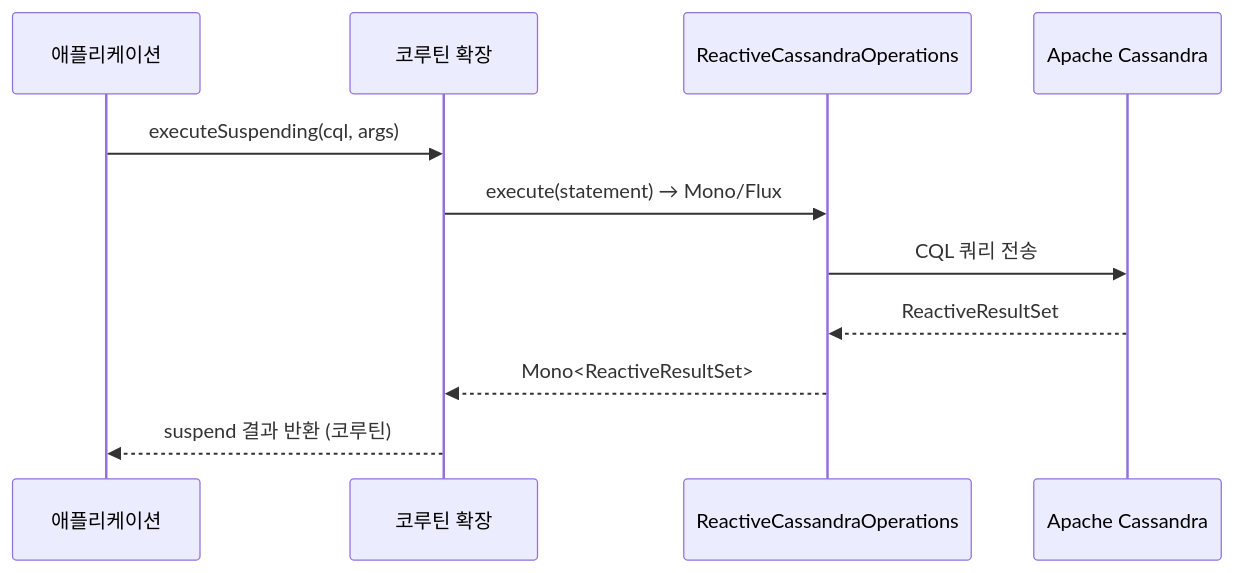
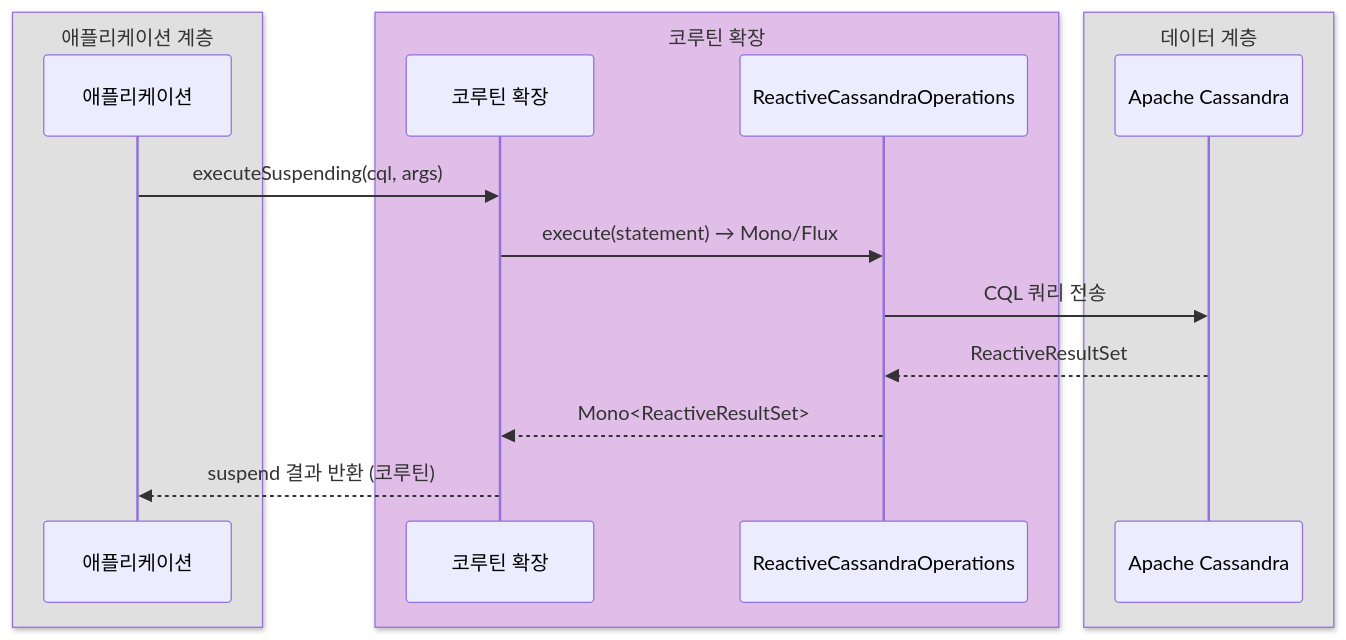
Before and after one commit to bluetape4k/bluetape4k-projects: the third of 3 diagrams in spring-boot3/cassandra/README.ko.md, drawn with Mermaid. The commit also changed other lines of this file and 221 other files, not shown here.

First line of the commit message:
docs: 전체 모듈 README UML 다이어그램 보강 및 색상 업그레이드

````diff
--- a/spring-boot3/cassandra/README.ko.md
+++ b/spring-boot3/cassandra/README.ko.md
@@ -95,14 +117,20 @@
 ```mermaid
 sequenceDiagram
-    participant App as 애플리케이션
-    participant Ext as 코루틴 확장
-    participant Ops as ReactiveCassandraOperations
-    participant DB as Apache Cassandra
+    box rgb(224,224,224) 애플리케이션 계층
+        participant App as 애플리케이션
+    end
+    box rgb(225,190,231) 코루틴 확장
+        participant Ext as 코루틴 확장
+        participant Ops as ReactiveCassandraOperations
+    end
+    box rgb(224,224,224) 데이터 계층
+        participant DB as Apache Cassandra
+    end
 
     App->>Ext: executeSuspending(cql, args)
     Ext->>Ops: execute(statement) → Mono/Flux
     Ops->>DB: CQL 쿼리 전송
     DB-->>Ops: ReactiveResultSet
     Ops-->>Ext: Mono<ReactiveResultSet>
     Ext-->>App: suspend 결과 반환 (코루틴)
 ```
````
